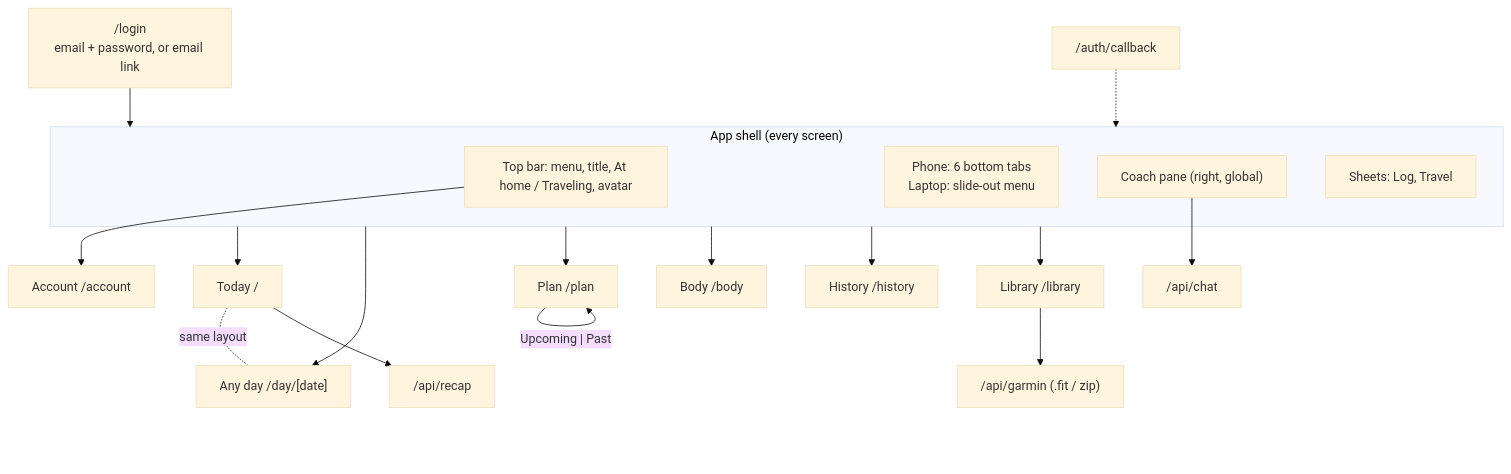
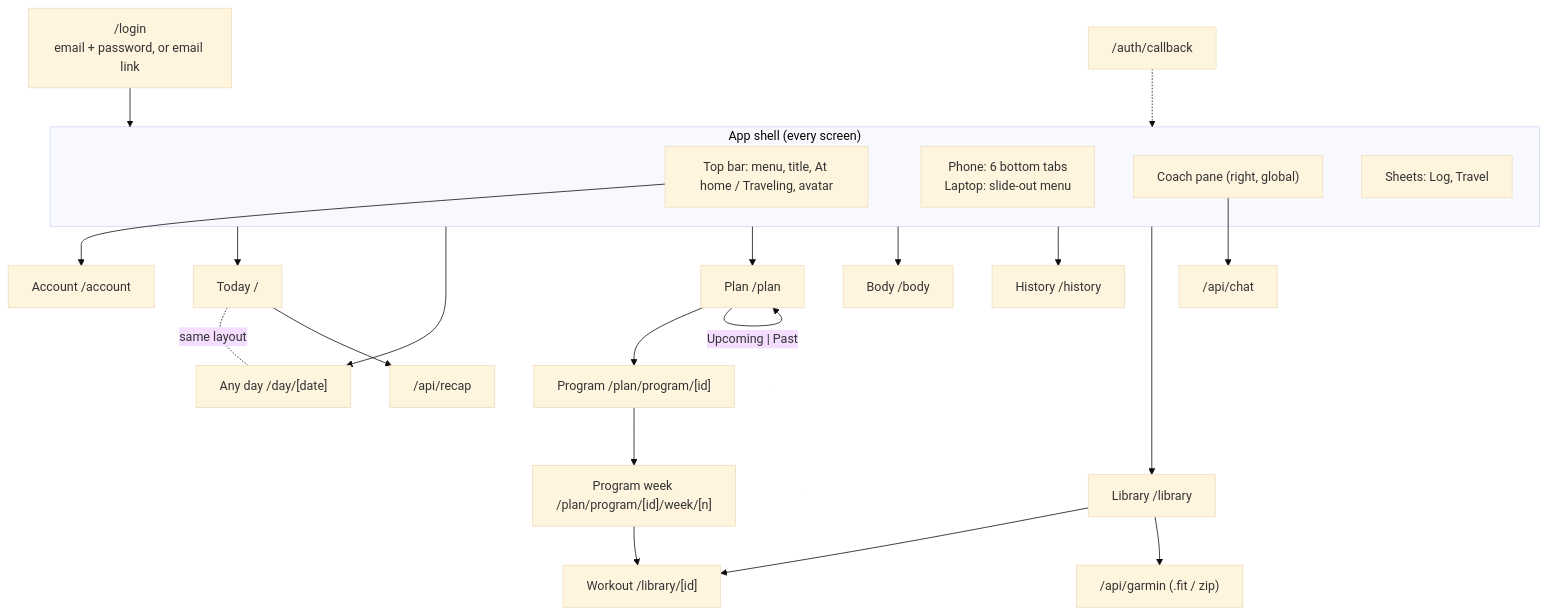
One commit to dkurak/cairn changed the diagram in docs/SITE.md. Above: the diagram before and after it, drawn with Mermaid (base theme). The commit also changed other lines of this file and 2 other files, not shown here.

````diff
--- a/docs/SITE.md
+++ b/docs/SITE.md
@@ -13,26 +13,31 @@
 ```mermaid
 flowchart TD
   login["/login<br/>email + password, or email link"] --> shell
   cb["/auth/callback"] -.-> shell
 
   subgraph shell["App shell (every screen)"]
     top["Top bar: menu, title, At home / Traveling, avatar"]
     nav["Phone: 6 bottom tabs<br/>Laptop: slide-out menu"]
     coach["Coach pane (right, global)"]
     sheets["Sheets: Log, Travel"]
   end
 
   shell --> today["Today /"]
   shell --> day["Any day /day/[date]"]
   shell --> plan["Plan /plan"]
   shell --> body["Body /body"]
   shell --> history["History /history"]
   shell --> library["Library /library"]
   top --> account["Account /account"]
 
+  library --> workout["Workout /library/[id]"]
+  plan --> program["Program /plan/program/[id]"]
+  program --> pweek["Program week /plan/program/[id]/week/[n]"]
+  pweek --> workout
+
   today -. same layout .- day
   plan -->|"Upcoming | Past"| plan
   coach --> chat["/api/chat"]
   library --> garmin["/api/garmin (.fit / zip)"]
   today --> recap["/api/recap"]
 ```
````
